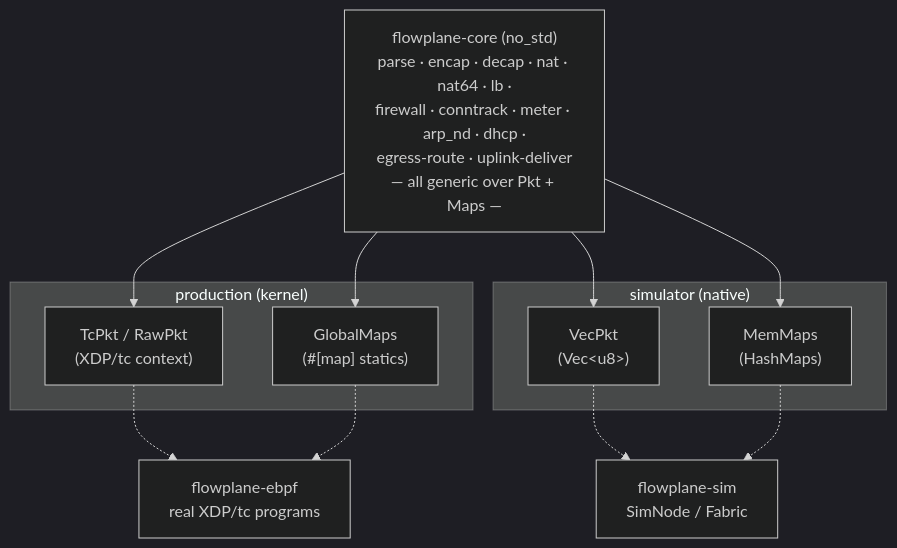
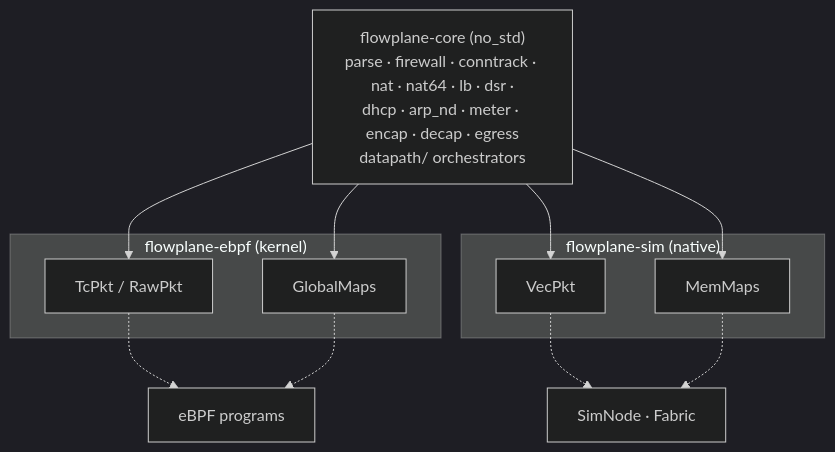
One commit to trevex/ectobase changed the diagram in docs/architecture/dataplane/pure-core.md. Above: the diagram before and after it, drawn with Mermaid (dark theme). The commit also changed other lines of this file and 57 other files, not shown here.

First line of the commit message:
docs: rework concepts, architecture, networking, operating, reference and contributing

````diff
--- a/docs/architecture/dataplane/pure-core.md
+++ b/docs/architecture/dataplane/pure-core.md
@@ -11,20 +13,16 @@
 ```mermaid
-flowchart TD
-    core["flowplane-core (no_std)<br/>parse · encap · decap · nat · nat64 · lb ·<br/>firewall · conntrack · meter · arp_nd · dhcp ·<br/>egress-route · uplink-deliver<br/>— all generic over Pkt + Maps —"]
-
-    subgraph prod["production (kernel)"]
-        ctxpkt["TcPkt / RawPkt<br/>(XDP/tc context)"]
-        gmaps["GlobalMaps<br/>(#[map] statics)"]
+flowchart TB
+    core["flowplane-core (no_std)<br/>parse · firewall · conntrack · nat · nat64 · lb · dsr ·<br/>dhcp · arp_nd · meter · encap · decap · egress<br/>datapath/ orchestrators"]
+    subgraph kernel["flowplane-ebpf (kernel)"]
+        tcpkt["TcPkt / RawPkt"]
+        gmaps["GlobalMaps"]
     end
-    subgraph sim["simulator (native)"]
-        vecpkt["VecPkt<br/>(Vec&lt;u8&gt;)"]
-        memmaps["MemMaps<br/>(HashMaps)"]
+    subgraph native["flowplane-sim (native)"]
+        vecpkt["VecPkt"]
+        memmaps["MemMaps"]
     end
-
-    core --> ctxpkt
-    core --> gmaps
-    core --> vecpkt
-    core --> memmaps
-    ctxpkt & gmaps -.-> ebpf["flowplane-ebpf<br/>real XDP/tc programs"]
-    vecpkt & memmaps -.-> simnode["flowplane-sim<br/>SimNode / Fabric"]
+    core --> tcpkt & gmaps
+    core --> vecpkt & memmaps
+    tcpkt & gmaps -.-> progs["eBPF programs"]
+    vecpkt & memmaps -.-> sim["SimNode · Fabric"]
 ```
````
